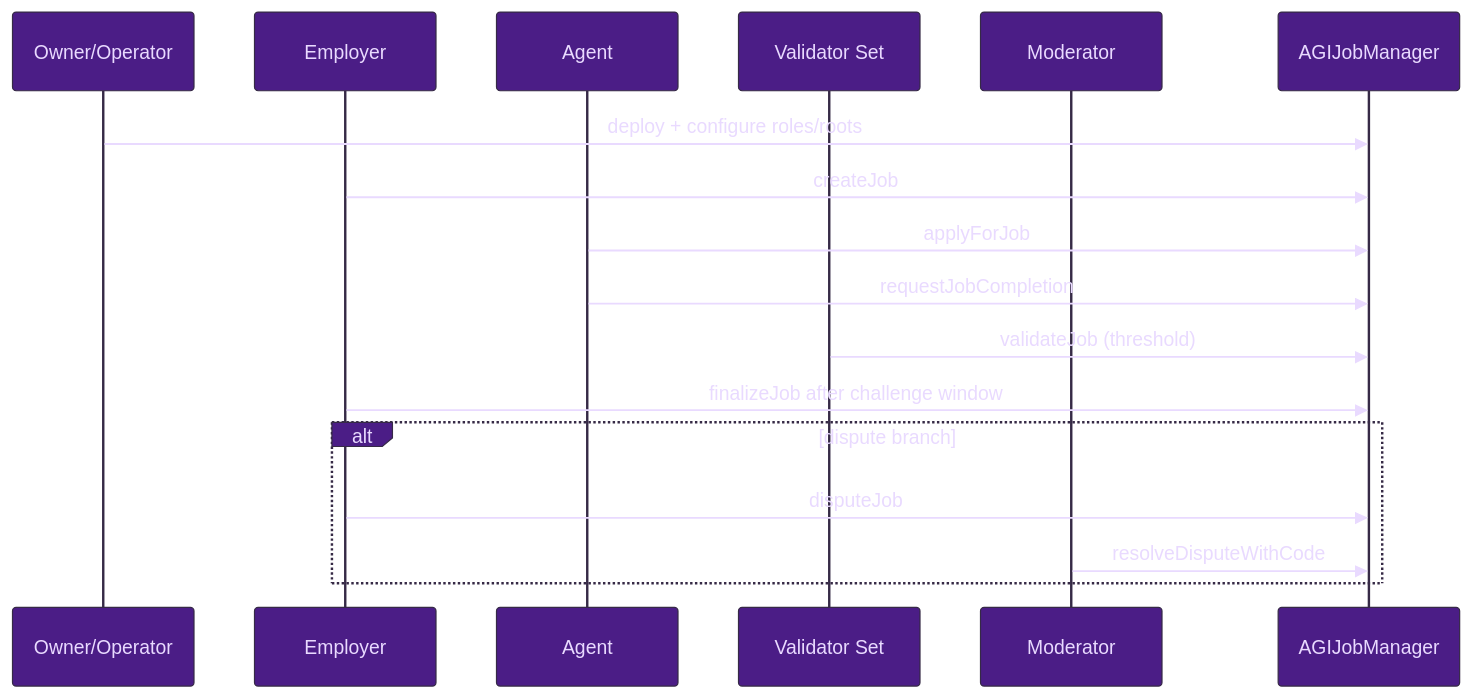
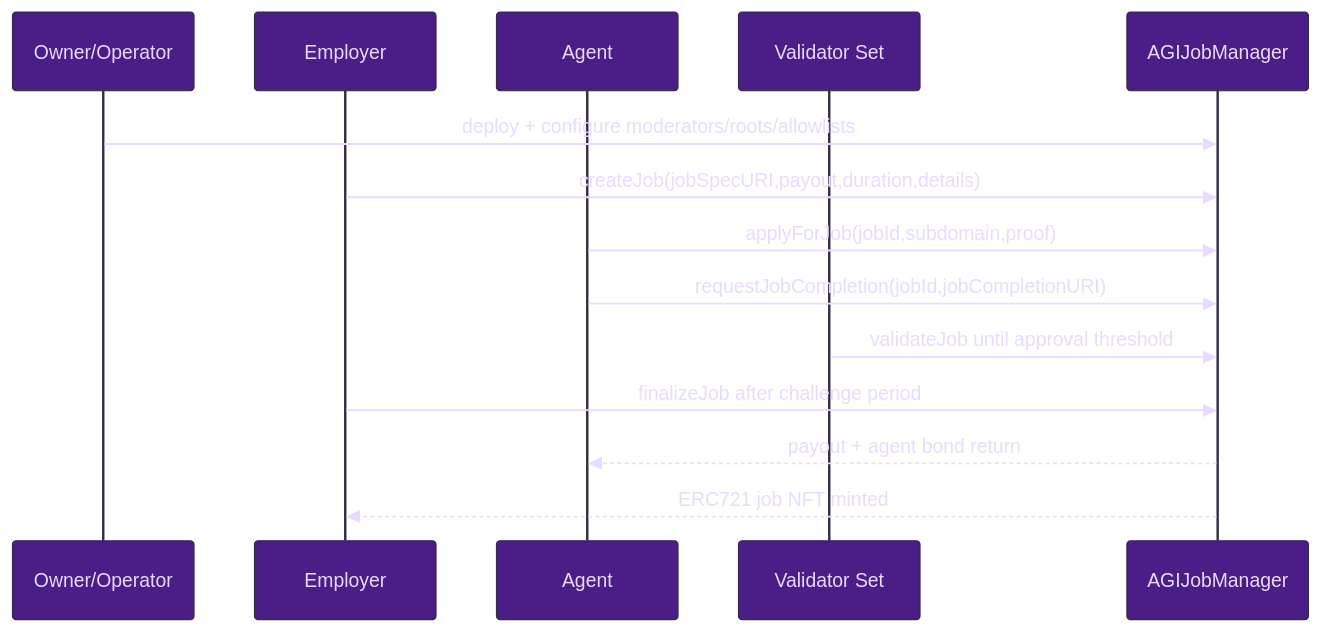
Before and after one commit to MontrealAI/AGIJobManager: the first of 2 diagrams in docs/QUINTESSENTIAL_USE_CASE.md, drawn with Mermaid. The commit also changed other lines of this file and 4 other files, not shown here.

````diff
--- a/docs/QUINTESSENTIAL_USE_CASE.md
+++ b/docs/QUINTESSENTIAL_USE_CASE.md
@@ -33,21 +33,18 @@
 ```mermaid
 %%{init: {"theme":"base","themeVariables":{"fontFamily":"ui-sans-serif, system-ui, -apple-system, Segoe UI, Roboto, Arial","background":"#14001F","primaryColor":"#4B1D86","primaryTextColor":"#E9DAFF","lineColor":"#7A3FF2","tertiaryColor":"#1B0B2A","noteBkgColor":"#1B0B2A","noteTextColor":"#E9DAFF"}}}%%
 sequenceDiagram
   participant O as Owner/Operator
   participant E as Employer
   participant A as Agent
   participant V as Validator Set
-  participant M as Moderator
   participant C as AGIJobManager
 
-  O->>C: deploy + configure roles/roots
-  E->>C: createJob
-  A->>C: applyForJob
-  A->>C: requestJobCompletion
-  V->>C: validateJob (threshold)
-  E->>C: finalizeJob after challenge window
-  alt dispute branch
-    E->>C: disputeJob
-    M->>C: resolveDisputeWithCode
-  end
+  O->>C: deploy + configure moderators/roots/allowlists
+  E->>C: createJob(jobSpecURI,payout,duration,details)
+  A->>C: applyForJob(jobId,subdomain,proof)
+  A->>C: requestJobCompletion(jobId,jobCompletionURI)
+  V->>C: validateJob until approval threshold
+  E->>C: finalizeJob after challenge period
+  C-->>A: payout + agent bond return
+  C-->>E: ERC721 job NFT minted
 ```
````
